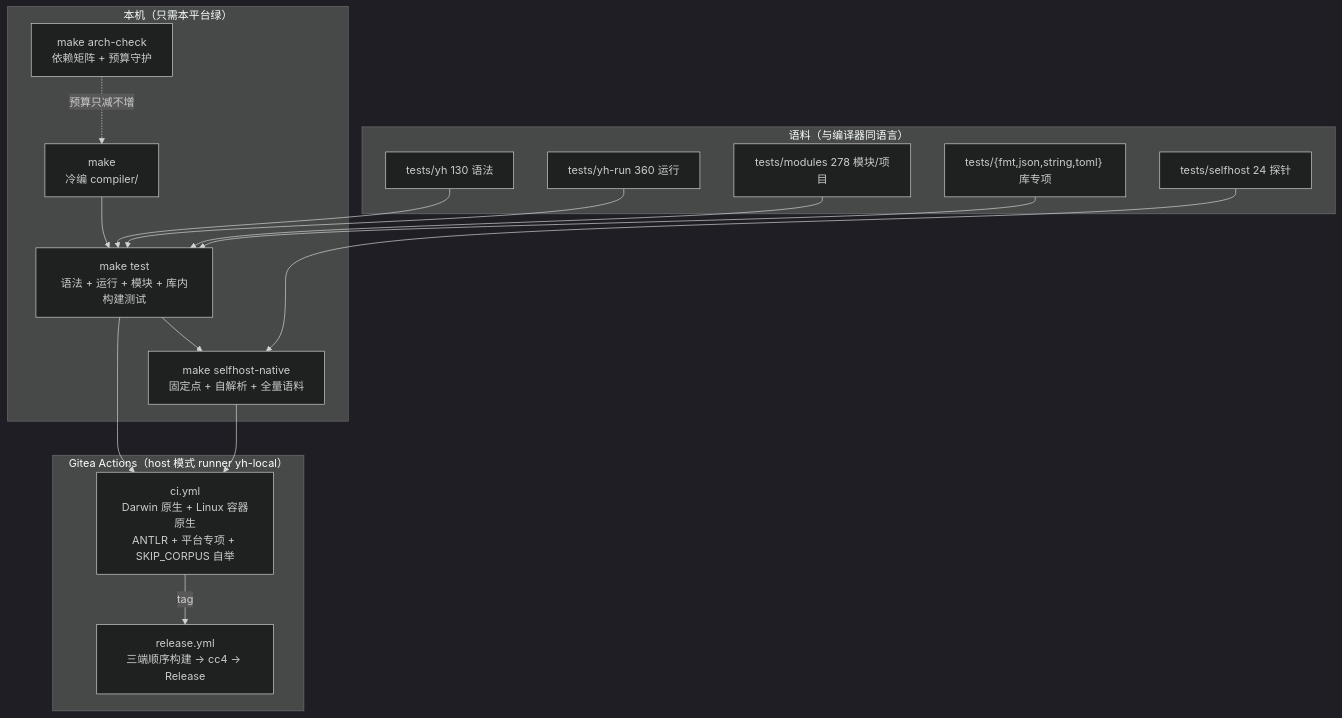
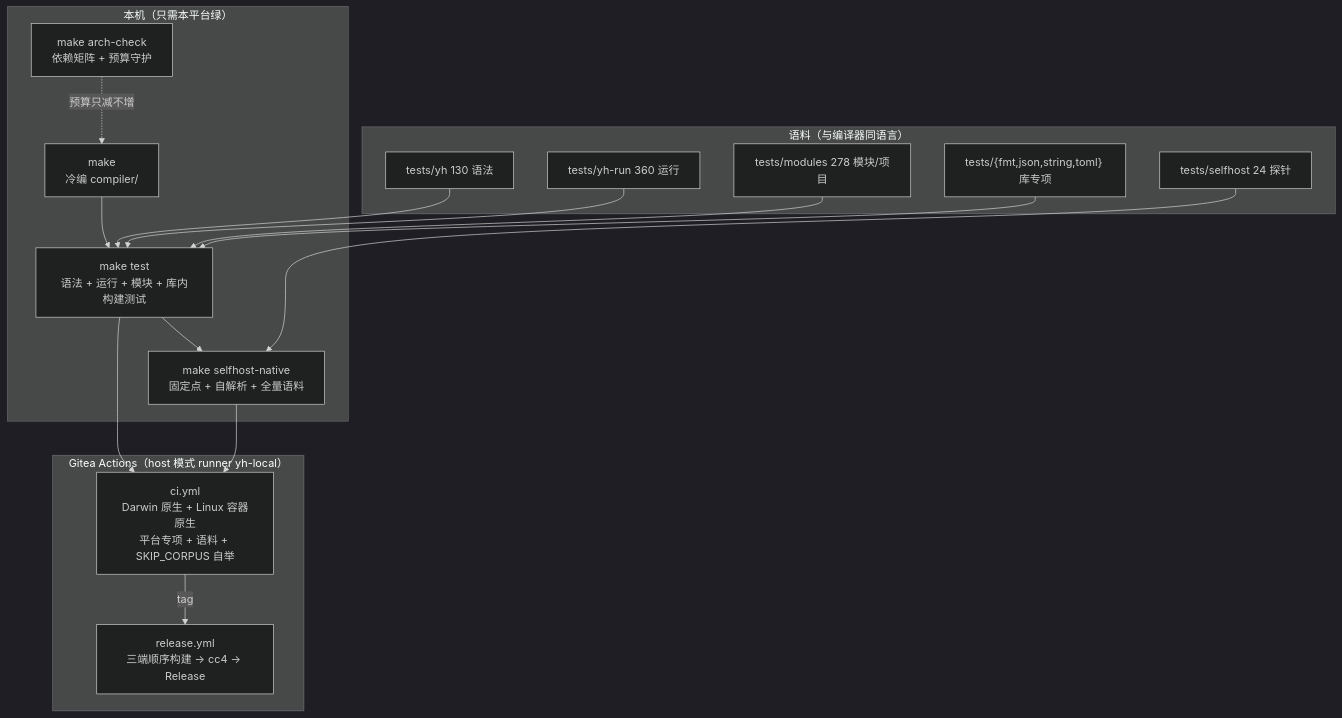
The ninth of 9 diagrams in docs/03-design/yh-架构图-2026-10-25.md (lalavender/x), drawn with Mermaid (dark theme) before and after one commit. The commit also changed 6 other files, not shown here.

````diff
--- a/docs/03-design/yh-架构图-2026-10-25.md
+++ b/docs/03-design/yh-架构图-2026-10-25.md
@@ -387,30 +387,30 @@
 ```mermaid
 flowchart TB
   subgraph LOCAL["本机（只需本平台绿）"]
     M1["make<br/>冷编 compiler/"]
     M2["make test<br/>语法 + 运行 + 模块 + 库内构建测试"]
     M3["make selfhost-native<br/>固定点 + 自解析 + 全量语料"]
     M4["make arch-check<br/>依赖矩阵 + 预算守护"]
   end
   subgraph CI["Gitea Actions（host 模式 runner yh-local）"]
-    C1["ci.yml<br/>Darwin 原生 + Linux 容器原生<br/>ANTLR + 平台专项 + SKIP_CORPUS 自举"]
+    C1["ci.yml<br/>Darwin 原生 + Linux 容器原生<br/>平台专项 + 语料 + SKIP_CORPUS 自举"]
     C2["release.yml<br/>三端顺序构建 → cc4 → Release"]
   end
   subgraph CORPUS["语料（与编译器同语言）"]
     T1["tests/yh 130 语法"]
     T2["tests/yh-run 360 运行"]
     T3["tests/modules 278 模块/项目"]
     T4["tests/selfhost 24 探针"]
     T5["tests/{fmt,json,string,toml} 库专项"]
   end
   M1 --> M2 --> M3
   M4 -.->|"预算只减不增"| M1
   T1 --> M2
   T2 --> M2
   T3 --> M2
   T4 --> M3
   T5 --> M2
   M2 --> C1
   M3 --> C1
   C1 -->|"tag"| C2
 ```
````
